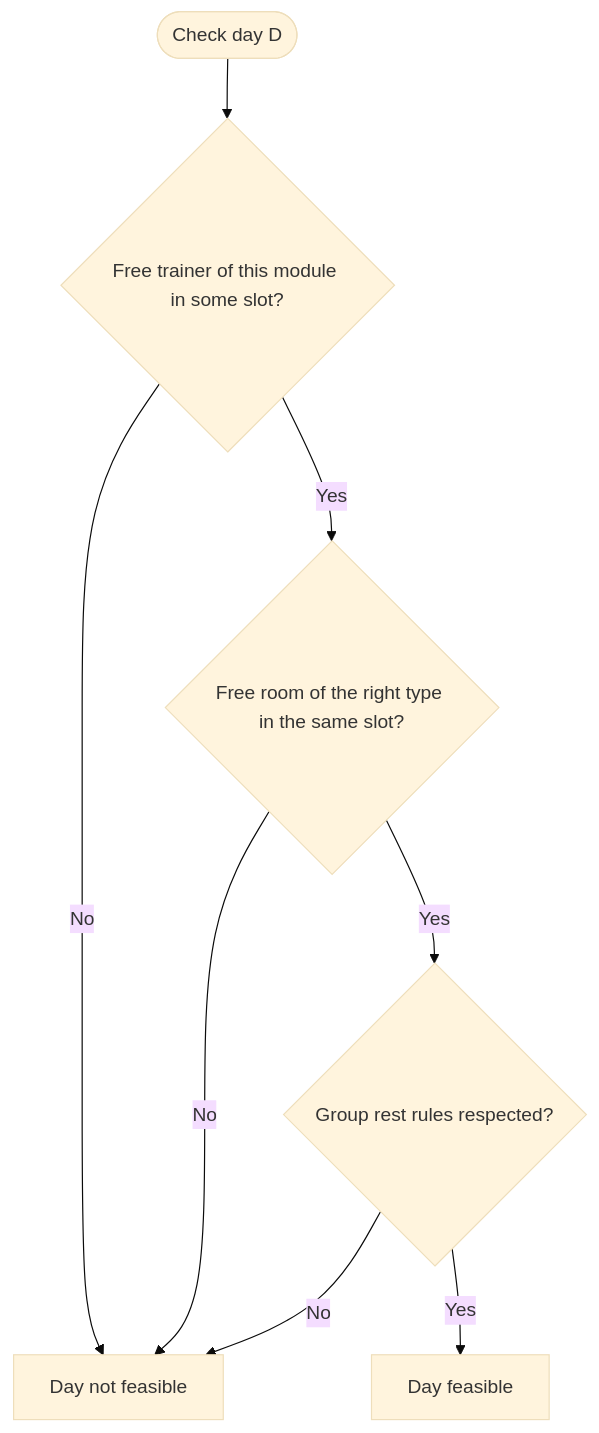
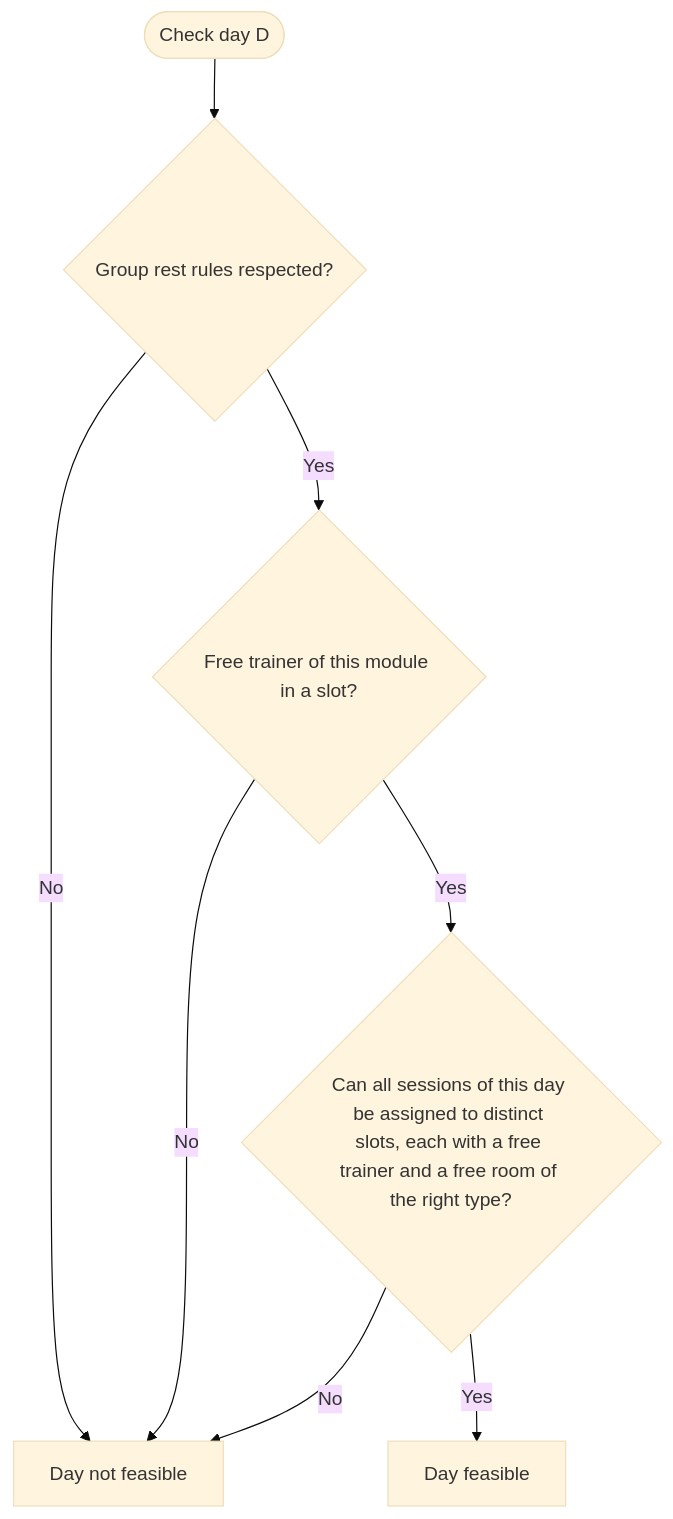
Before and after one commit to Taccimor/training-scheduler: the third of 4 diagrams in README.md, drawn with Mermaid (base theme). The commit also changed other lines of this file, not shown here.

````diff
--- a/README.md
+++ b/README.md
@@ -295,10 +295,10 @@
 ```mermaid
 flowchart TD
-    Start([Check day D]) --> A{"Free trainer of this module in some slot?"}
-    A -- No --> Fail["Day not feasible"]
-    A -- Yes --> B{"Free room of the right type in the same slot?"}
+    Start([Check day D]) --> C{"Group rest rules respected?"}
+    C -- No --> Fail["Day not feasible"]
+    C -- Yes --> A{"Free trainer of this module in a slot?"}
+    A -- No --> Fail
+    A -- Yes --> B{"Can all sessions of this day be assigned to distinct slots, each with a free trainer and a free room of the right type?"}
     B -- No --> Fail
-    B -- Yes --> C{"Group rest rules respected?"}
-    C -- No --> Fail
-    C -- Yes --> Pass["Day feasible"]
+    B -- Yes --> Pass["Day feasible"]
 ```
````
